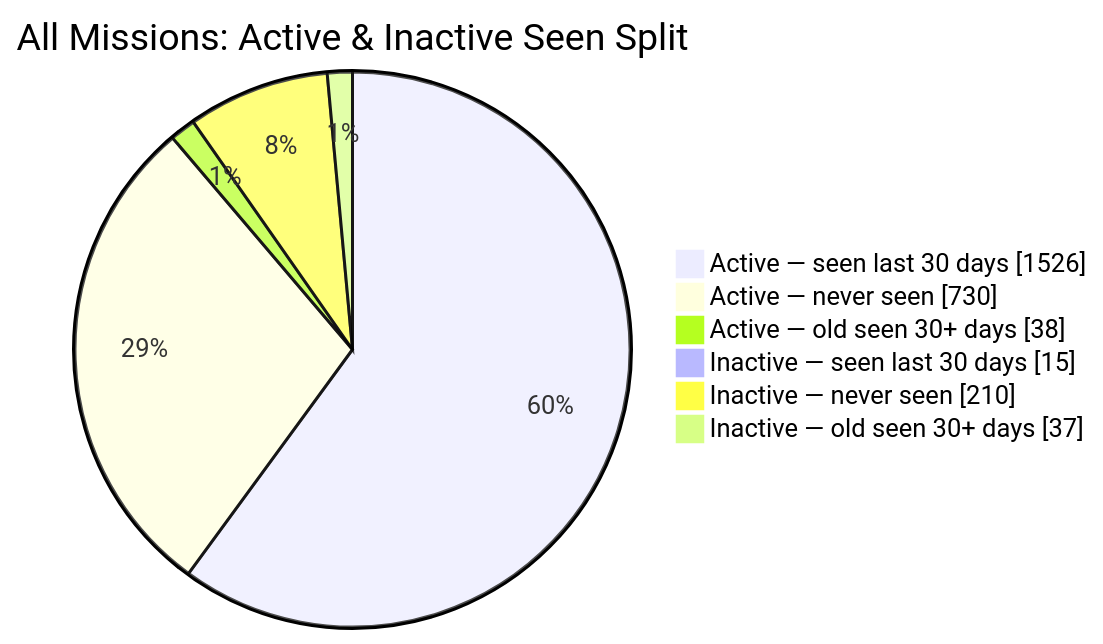
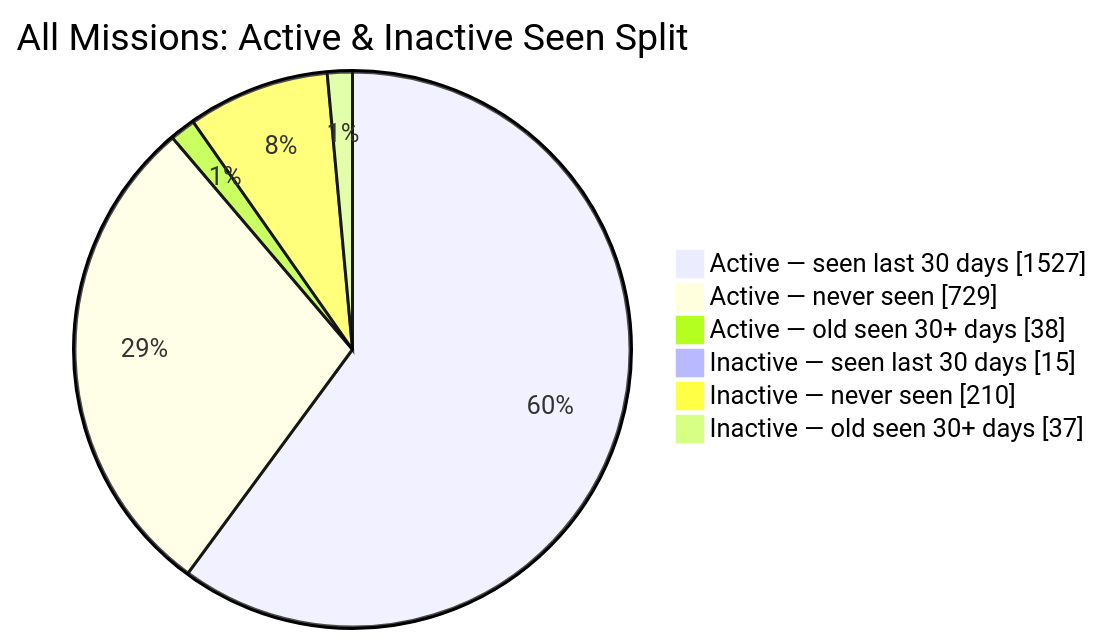
Before and after one commit to MeldkamerspelGameTeam/active-missions: the second of 2 diagrams in README.md, drawn with Mermaid. The commit also changed other lines of this file and 2 other files, not shown here.

````diff
--- a/README.md
+++ b/README.md
@@ -44,10 +44,10 @@
 ```mermaid
 pie showData
     title All Missions: Active & Inactive Seen Split
-    "Active — seen last 30 days" : 1526
-    "Active — never seen" : 730
+    "Active — seen last 30 days" : 1527
+    "Active — never seen" : 729
     "Active — old seen 30+ days" : 38
     "Inactive — seen last 30 days" : 15
     "Inactive — never seen" : 210
     "Inactive — old seen 30+ days" : 37
 ```
````
